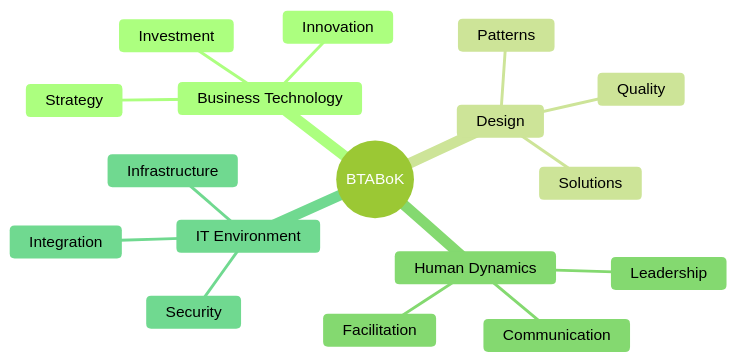
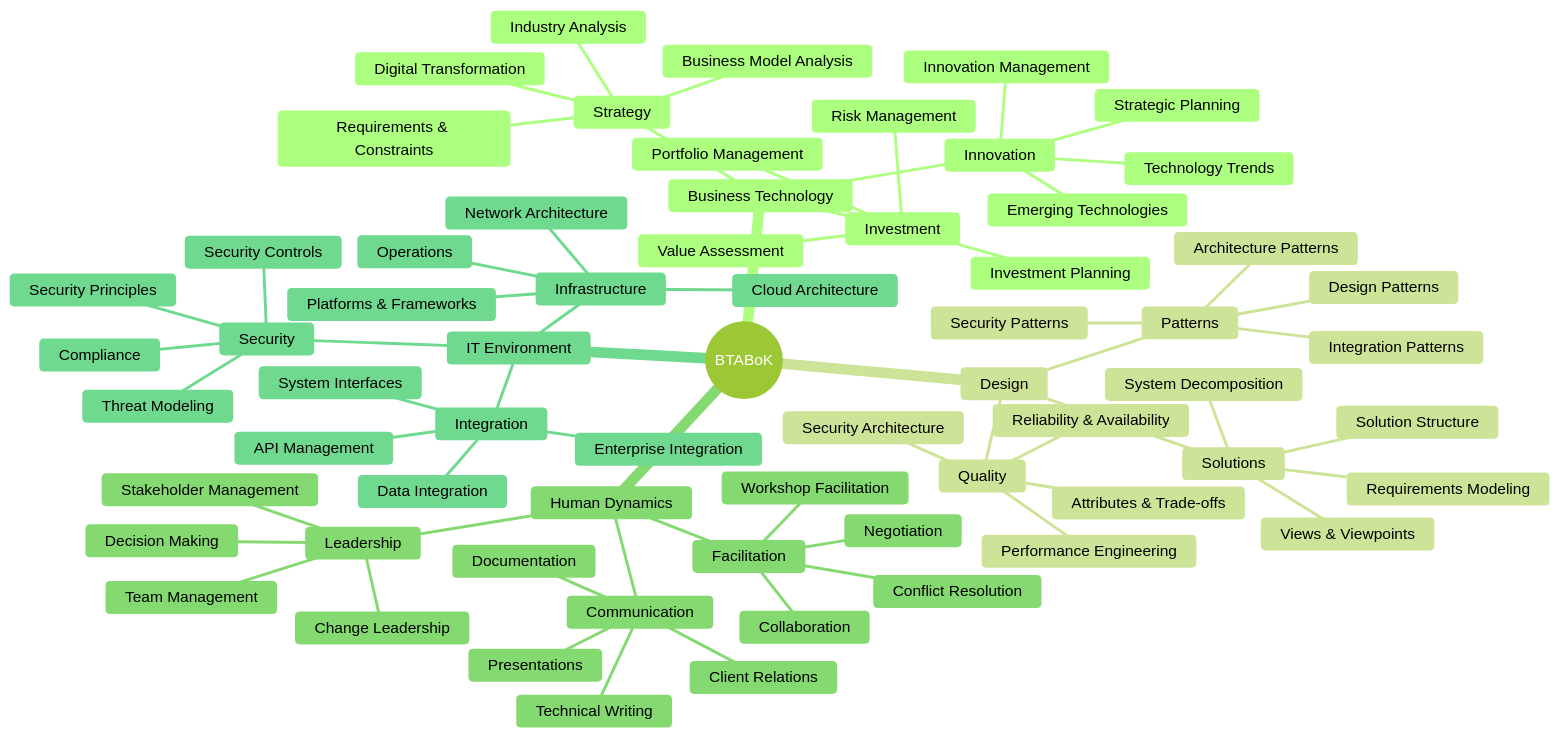
One commit to AliceNN-ucdenver/Iasa changed the first of 4 diagrams in teaching-atlas-exec.md. Above: the diagram before and after it, drawn with Mermaid (forest theme). The commit also changed other lines of this file, not shown here.

````diff
--- a/teaching-atlas-exec.md
+++ b/teaching-atlas-exec.md
@@ -6,20 +6,68 @@
 ```mermaid
 mindmap
     root((BTABoK))
         Business Technology
             Strategy
+                Requirements & Constraints
+                Business Model Analysis
+                Industry Analysis
+                Digital Transformation
             Investment
+                Portfolio Management
+                Risk Management
+                Value Assessment
+                Investment Planning
             Innovation
+                Innovation Management
+                Technology Trends
+                Emerging Technologies
+                Strategic Planning
         Design
             Patterns
+                Architecture Patterns
+                Design Patterns
+                Integration Patterns
+                Security Patterns
             Solutions
+                Requirements Modeling
+                Views & Viewpoints
+                Solution Structure
+                System Decomposition
             Quality
+                Attributes & Trade-offs
+                Performance Engineering
+                Reliability & Availability
+                Security Architecture
         Human Dynamics
             Leadership
+                Team Management
+                Change Leadership
+                Decision Making
+                Stakeholder Management
             Communication
+                Technical Writing
+                Presentations
+                Documentation
+                Client Relations
             Facilitation
+                Negotiation
+                Conflict Resolution
+                Workshop Facilitation
+                Collaboration
         IT Environment
             Infrastructure
+                Platforms & Frameworks
+                Cloud Architecture
+                Network Architecture
+                Operations
             Security
+                Security Principles
+                Threat Modeling
+                Security Controls
+                Compliance
             Integration
+                Enterprise Integration
+                API Management
+                System Interfaces
+                Data Integration
 ```
````
